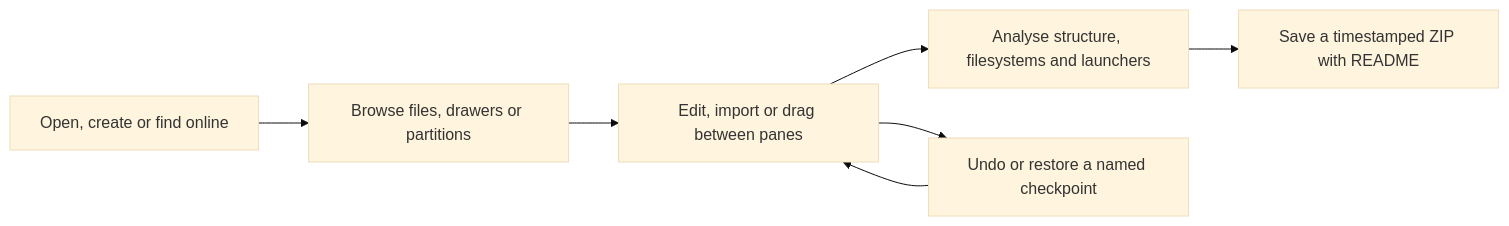
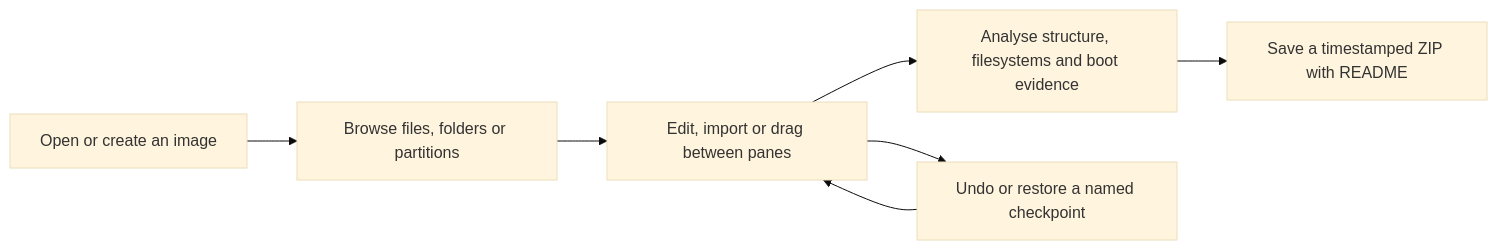
One commit to peteclarke-del/AtariFileForge changed the diagram in README.md. Above: the diagram before and after it, drawn with Mermaid (base theme). The commit also changed other lines of this file, not shown here.

````diff
--- a/README.md
+++ b/README.md
@@ -319,9 +376,9 @@
 ```mermaid
 flowchart LR
-    A[Open, create or find online] --> B[Browse files, drawers or partitions]
+    A[Open or create an image] --> B[Browse files, folders or partitions]
     B --> C[Edit, import or drag between panes]
-    C --> D[Analyse structure, filesystems and launchers]
+    C --> D[Analyse structure, filesystems and boot evidence]
     D --> E[Save a timestamped ZIP with README]
     C --> F[Undo or restore a named checkpoint]
     F --> C
 ```
````
